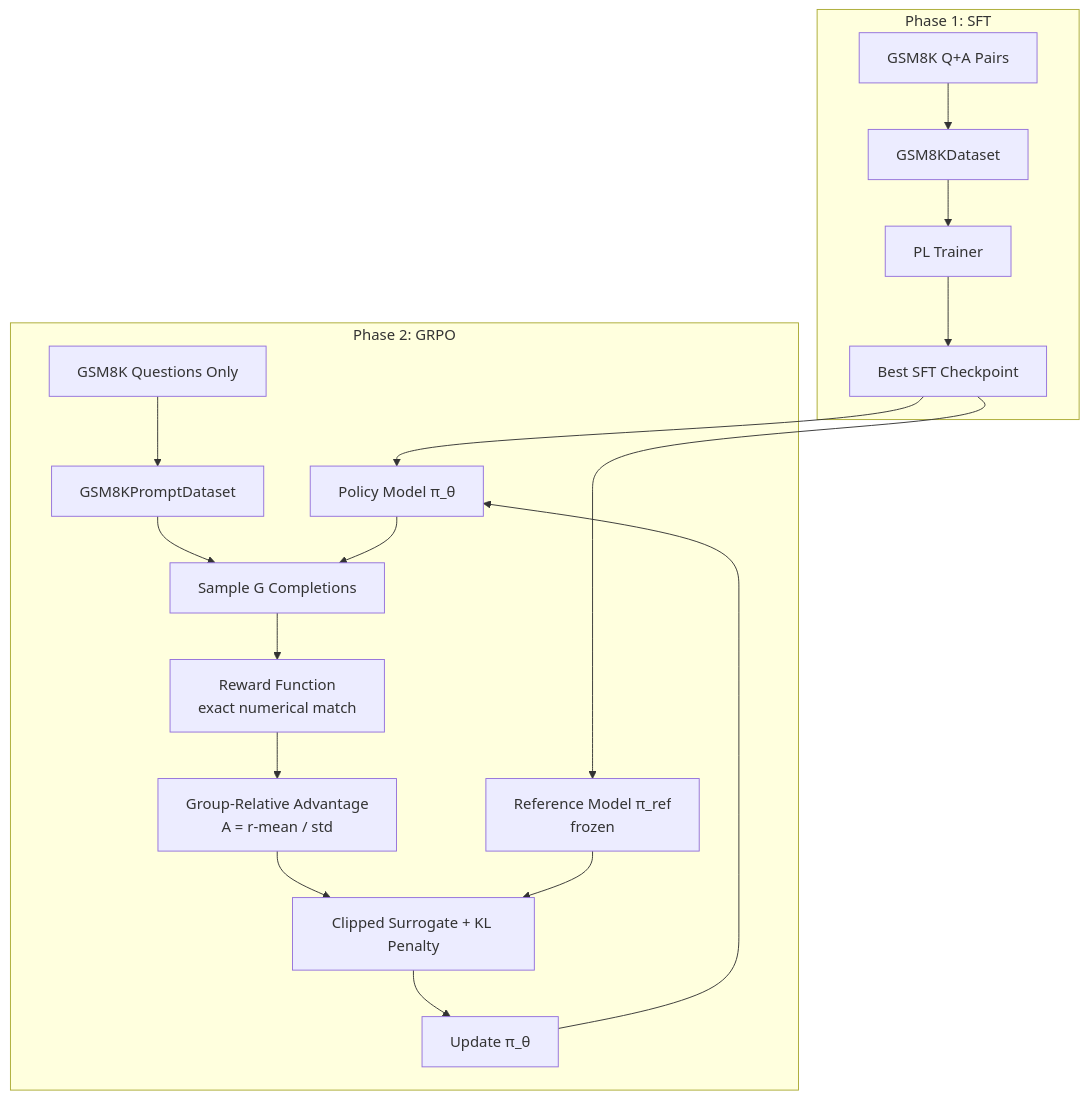
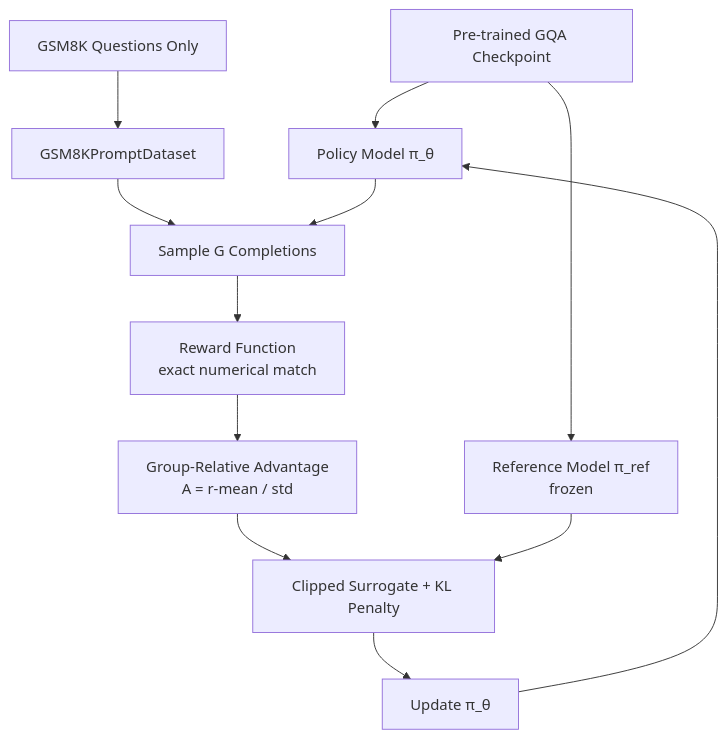
One commit to ambideXtrous9/Transformer-from-Scratch changed the diagram in docs/GQA_SFT_GRPO_Trainer.md. Above: the diagram before and after it, drawn with Mermaid. The commit also changed other lines of this file and 21 other files, not shown here.

Commit message:
refactor: Update GRPO trainer to load pre-trained models and optimize metric computation by deferring full evaluations to the final epoch in multiple trainers.

````diff
--- a/docs/GQA_SFT_GRPO_Trainer.md
+++ b/docs/GQA_SFT_GRPO_Trainer.md
@@ -19,22 +19,14 @@
 ```mermaid
 graph TD
-    subgraph "Phase 1: SFT"
-        GSM8K_SFT[GSM8K Q+A Pairs] --> SFT_Dataset[GSM8KDataset]
-        SFT_Dataset --> PL_Trainer[PL Trainer]
-        PL_Trainer --> SFT_Ckpt[Best SFT Checkpoint]
-    end
-
-    subgraph "Phase 2: GRPO"
-        SFT_Ckpt --> Policy[Policy Model π_θ]
-        SFT_Ckpt --> Ref[Reference Model π_ref \n frozen]
-        GSM8K_Q[GSM8K Questions Only] --> Prompts[GSM8KPromptDataset]
-        Prompts --> Sample[Sample G Completions]
-        Policy --> Sample
-        Sample --> Reward[Reward Function \n exact numerical match]
-        Reward --> Advantage[Group-Relative Advantage \n A = r-mean / std]
-        Advantage --> Loss[Clipped Surrogate + KL Penalty]
-        Ref --> Loss
-        Loss --> Update[Update π_θ]
-        Update --> Policy
-    end
+    Ckpt[Pre-trained GQA Checkpoint] --> Policy[Policy Model π_θ]
+    Ckpt --> Ref[Reference Model π_ref \n frozen]
+    GSM8K_Q[GSM8K Questions Only] --> Prompts[GSM8KPromptDataset]
+    Prompts --> Sample[Sample G Completions]
+    Policy --> Sample
+    Sample --> Reward[Reward Function \n exact numerical match]
+    Reward --> Advantage[Group-Relative Advantage \n A = r-mean / std]
+    Advantage --> Loss[Clipped Surrogate + KL Penalty]
+    Ref --> Loss
+    Loss --> Update[Update π_θ]
+    Update --> Policy
 ```
````
